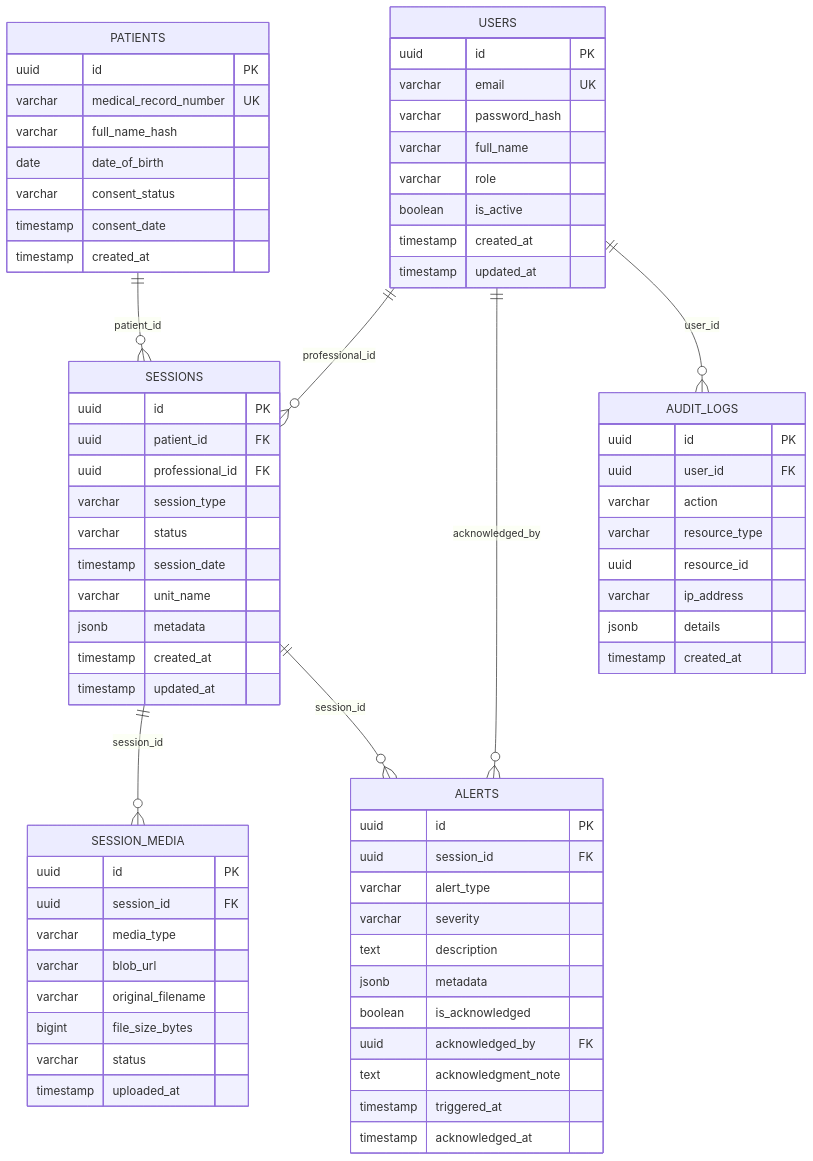
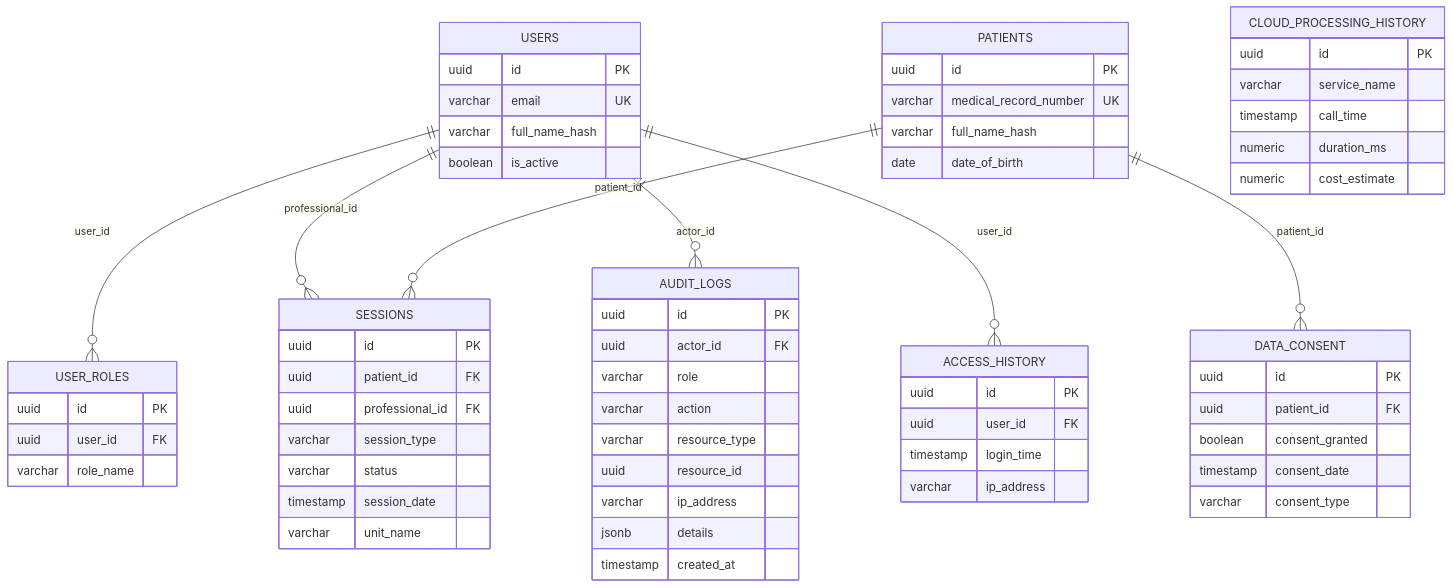
Before and after one commit to Wallace82/guardia-parto-seguro: the diagram in docs/DATABASE.md, drawn with Mermaid. The commit also changed other lines of this file and 11 other files, not shown here.

Commit message:
docs: implement project documentation framework and update architecture to hybrid cloud model

````diff
--- a/docs/DATABASE.md
+++ b/docs/DATABASE.md
@@ -26,79 +26,74 @@
 ```mermaid
 erDiagram
     USERS {
         uuid id PK
         varchar email UK
-        varchar password_hash
-        varchar full_name
-        varchar role
+        varchar full_name_hash
         boolean is_active
-        timestamp created_at
-        timestamp updated_at
+    }
+
+    USER_ROLES {
+        uuid id PK
+        uuid user_id FK
+        varchar role_name
     }
 
     SESSIONS {
         uuid id PK
         uuid patient_id FK
         uuid professional_id FK
         varchar session_type
         varchar status
         timestamp session_date
         varchar unit_name
-        jsonb metadata
-        timestamp created_at
-        timestamp updated_at
     }
 
     PATIENTS {
         uuid id PK
         varchar medical_record_number UK
         varchar full_name_hash
         date date_of_birth
-        varchar consent_status
-        timestamp consent_date
-        timestamp created_at
     }
 
-    SESSION_MEDIA {
+    DATA_CONSENT {
         uuid id PK
-        uuid session_id FK
-        varchar media_type
-        varchar blob_url
-        varchar original_filename
-        bigint file_size_bytes
-        varchar status
-        timestamp uploaded_at
-    }
-
-    ALERTS {
-        uuid id PK
-        uuid session_id FK
-        varchar alert_type
-        varchar severity
-        text description
-        jsonb metadata
-        boolean is_acknowledged
-        uuid acknowledged_by FK
-        text acknowledgment_note
-        timestamp triggered_at
-        timestamp acknowledged_at
+        uuid patient_id FK
+        boolean consent_granted
+        timestamp consent_date
+        varchar consent_type
     }
 
     AUDIT_LOGS {
         uuid id PK
-        uuid user_id FK
+        uuid actor_id FK
+        varchar role
         varchar action
         varchar resource_type
         uuid resource_id
         varchar ip_address
         jsonb details
         timestamp created_at
     }
 
+    ACCESS_HISTORY {
+        uuid id PK
+        uuid user_id FK
+        timestamp login_time
+        varchar ip_address
+    }
+
+    CLOUD_PROCESSING_HISTORY {
+        uuid id PK
+        varchar service_name
+        timestamp call_time
+        numeric duration_ms
+        numeric cost_estimate
+    }
+
+    USERS ||--o{ USER_ROLES : "user_id"
     USERS ||--o{ SESSIONS : "professional_id"
     PATIENTS ||--o{ SESSIONS : "patient_id"
-    SESSIONS ||--o{ SESSION_MEDIA : "session_id"
-    SESSIONS ||--o{ ALERTS : "session_id"
-    USERS ||--o{ ALERTS : "acknowledged_by"
-    USERS ||--o{ AUDIT_LOGS : "user_id"
+    PATIENTS ||--o{ DATA_CONSENT : "patient_id"
+    USERS ||--o{ AUDIT_LOGS : "actor_id"
+    USERS ||--o{ ACCESS_HISTORY : "user_id"
 ```
````
